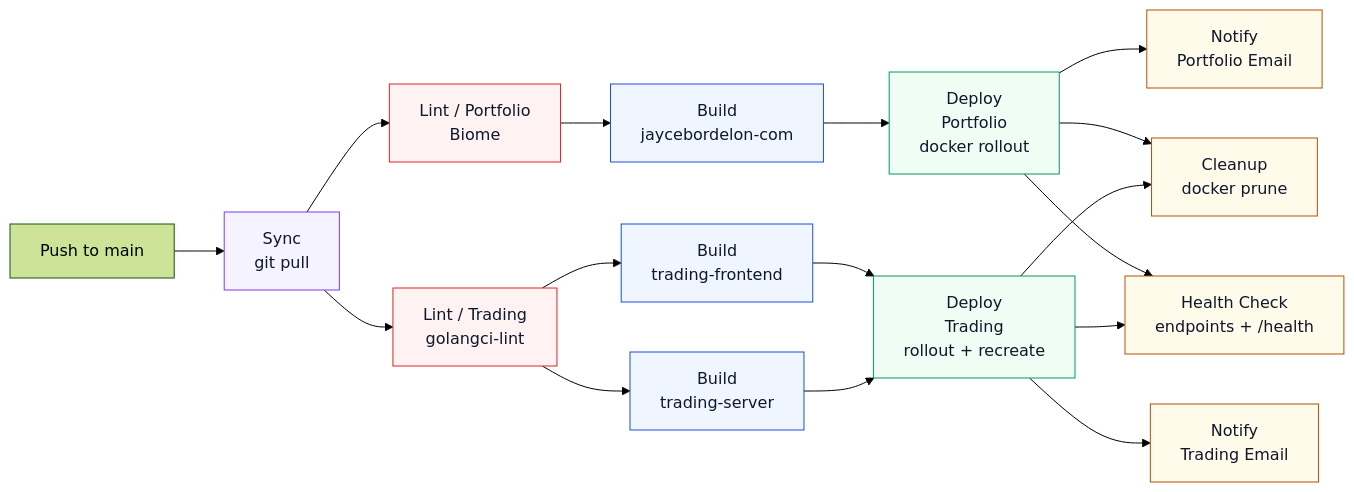
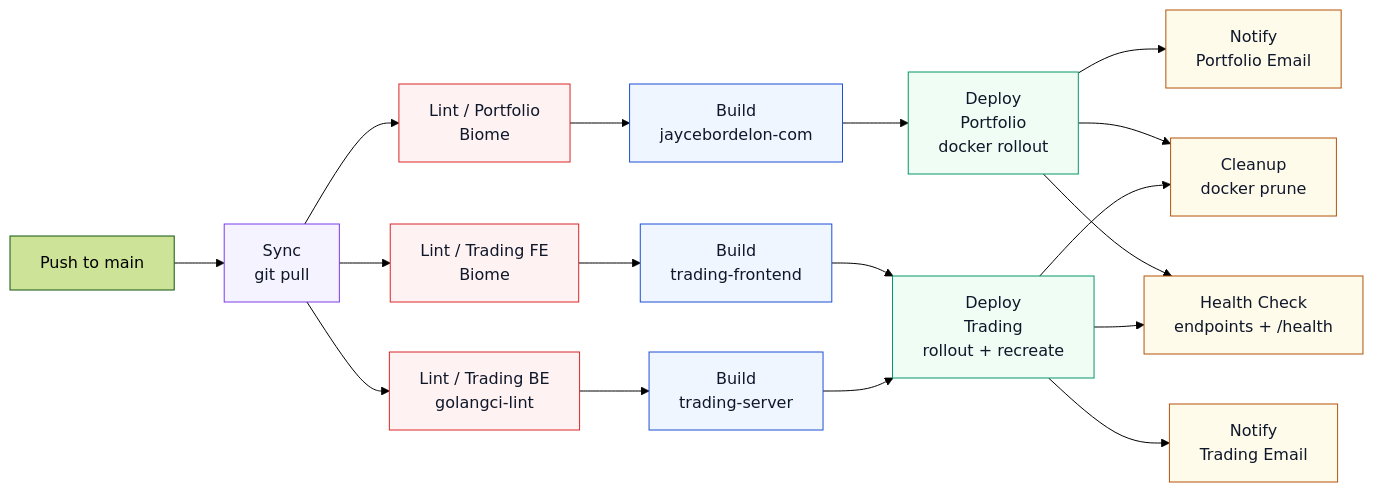
One commit to JayceBordelon/jaycestuff changed the second of 2 diagrams in README.md. Above: the diagram before and after it, drawn with Mermaid (forest theme). The commit also changed other lines of this file and 5 other files, not shown here.

First line of the commit message:
Split trading lint into frontend (Biome) and server (Go) jobs

````diff
--- a/README.md
+++ b/README.md
@@ -130,49 +130,51 @@
 ```mermaid
 flowchart LR
     classDef sync fill:#f5f3ff,stroke:#7c3aed,color:#0f172a
     classDef lint fill:#fef2f2,stroke:#dc2626,color:#0f172a
     classDef build fill:#eff6ff,stroke:#1d4ed8,color:#0f172a
     classDef deploy fill:#f0fdf4,stroke:#059669,color:#0f172a
     classDef post fill:#fffbeb,stroke:#b45309,color:#0f172a
 
     Push["Push to main"]
 
     Sync["Sync<br/>git pull"]:::sync
 
     LP["Lint / Portfolio<br/>Biome"]:::lint
-    LT["Lint / Trading<br/>golangci-lint"]:::lint
+    LTF["Lint / Trading FE<br/>Biome"]:::lint
+    LTS["Lint / Trading BE<br/>golangci-lint"]:::lint
 
     BP["Build<br/>jaycebordelon-com"]:::build
     BF["Build<br/>trading-frontend"]:::build
     BS["Build<br/>trading-server"]:::build
 
     DP["Deploy<br/>Portfolio<br/>docker rollout"]:::deploy
     DT["Deploy<br/>Trading<br/>rollout + recreate"]:::deploy
 
     NP["Notify<br/>Portfolio Email"]:::post
     NT["Notify<br/>Trading Email"]:::post
 
     CL["Cleanup<br/>docker prune"]:::post
     HC["Health Check<br/>endpoints + /health"]:::post
 
     Push --> Sync
 
     Sync --> LP
-    Sync --> LT
+    Sync --> LTF
+    Sync --> LTS
 
     LP --> BP
-    LT --> BF
-    LT --> BS
+    LTF --> BF
+    LTS --> BS
 
     BP --> DP
     BF --> DT
     BS --> DT
 
     DP --> NP
     DT --> NT
 
     DP --> CL
     DT --> CL
     DP --> HC
     DT --> HC
 ```
````
